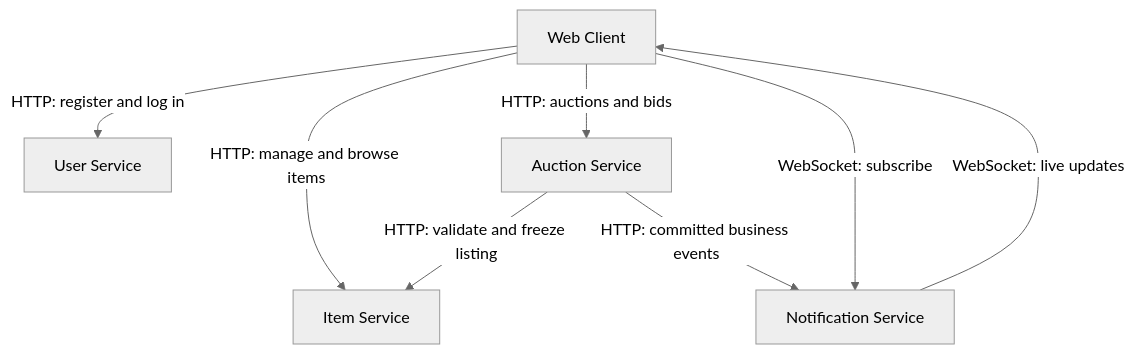
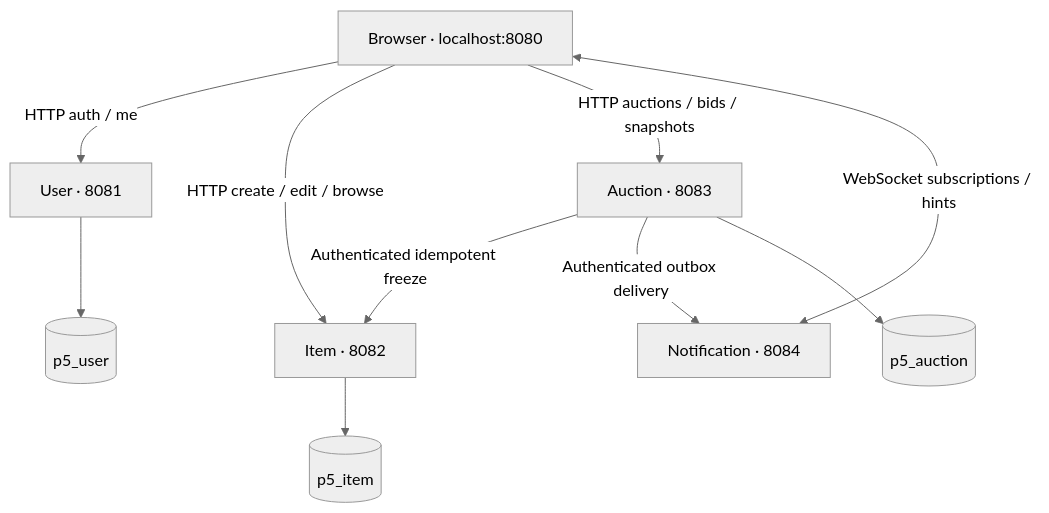
One commit to TFY800/P5project changed the first of 2 diagrams in docs/architecture.md. Above: the diagram before and after it, drawn with Mermaid (neutral theme). The commit also changed other lines of this file and 75 other files, not shown here.

Commit message:
Initialize four Spring Boot services and web client

````diff
--- a/docs/architecture.md
+++ b/docs/architecture.md
@@ -21,16 +12,20 @@
 ```mermaid
 flowchart TD
-    C["Web Client"]
-    U["User Service"]
-    I["Item Service"]
-    A["Auction Service"]
-    N["Notification Service"]
-
-    C -->|"HTTP: register and log in"| U
-    C -->|"HTTP: manage and browse items"| I
-    C -->|"HTTP: auctions and bids"| A
-    A -->|"HTTP: validate and freeze listing"| I
-    A -->|"HTTP: committed business events"| N
-    C -->|"WebSocket: subscribe"| N
-    N -->|"WebSocket: live updates"| C
+    C["Browser · localhost:8080"]
+    U["User · 8081"]
+    I["Item · 8082"]
+    A["Auction · 8083"]
+    N["Notification · 8084"]
+    UD[(p5_user)]
+    ID[(p5_item)]
+    AD[(p5_auction)]
+    C -->|"HTTP auth / me"| U
+    C -->|"HTTP create / edit / browse"| I
+    C -->|"HTTP auctions / bids / snapshots"| A
+    C <-->|"WebSocket subscriptions / hints"| N
+    A -->|"Authenticated idempotent freeze"| I
+    A -->|"Authenticated outbox delivery"| N
+    U --> UD
+    I --> ID
+    A --> AD
 ```
````
